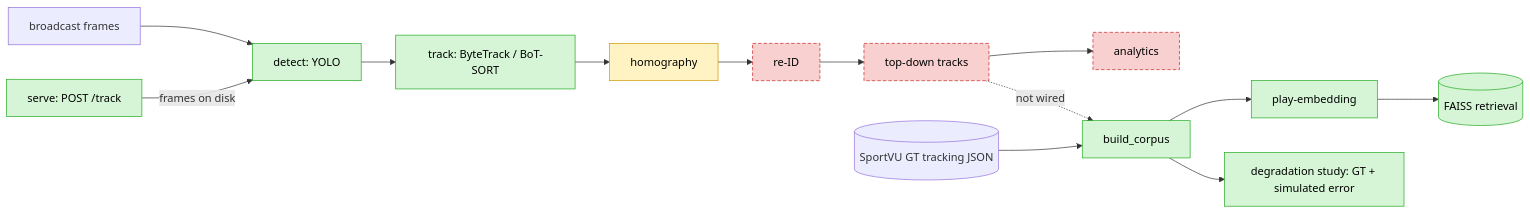
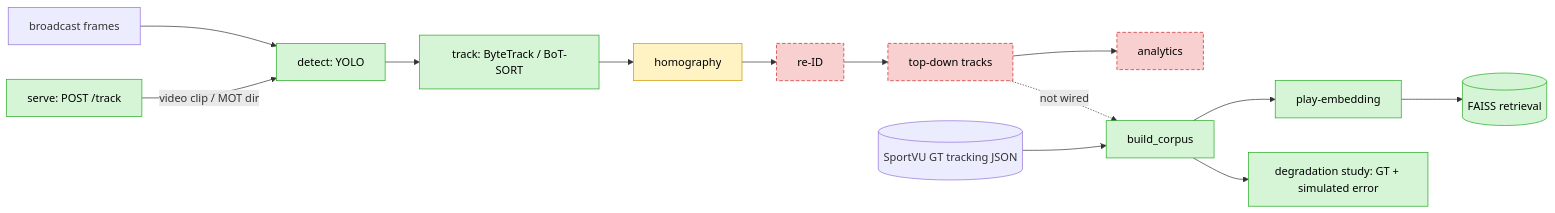
One commit to skandula9273/nba-broadcast-tracking changed the diagram in README.md. Above: the diagram before and after it, drawn with Mermaid. The commit also changed other lines of this file and 4 other files, not shown here.

````diff
--- a/README.md
+++ b/README.md
@@ -74,17 +75,17 @@
 ```mermaid
 flowchart LR
     V[broadcast frames] --> DET[detect: YOLO] --> TRK[track: ByteTrack / BoT-SORT]
     TRK --> HOM[homography] --> RID[re-ID] --> DOTS[top-down tracks]
     DOTS --> ANA[analytics]
     SV[(SportVU GT tracking JSON)] --> CORP[build_corpus] --> ENC[play-embedding] --> IDX[(FAISS retrieval)]
     CORP --> STUDY[degradation study: GT + simulated error]
     DOTS -. not wired .-> CORP
-    SRV[serve: POST /track] -->|frames on disk| DET
+    SRV[serve: POST /track] -->|video clip / MOT dir| DET
 
     class DET,TRK,CORP,ENC,IDX,STUDY,SRV run
     class HOM partial
     class RID,ANA,DOTS stub
     classDef run fill:#d6f5d6,stroke:#2a2,color:#000
     classDef partial fill:#fff3c4,stroke:#c90,color:#000
     classDef stub fill:#f8d0d0,stroke:#c22,color:#000,stroke-dasharray:5 3
 ```
````
